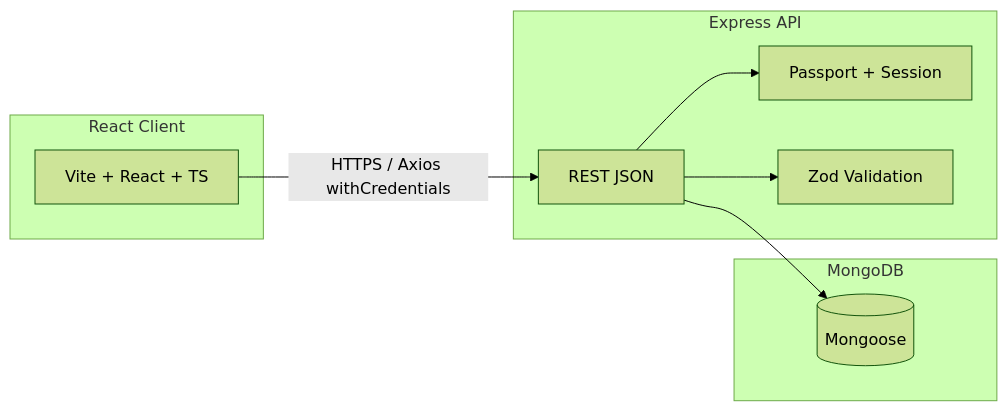
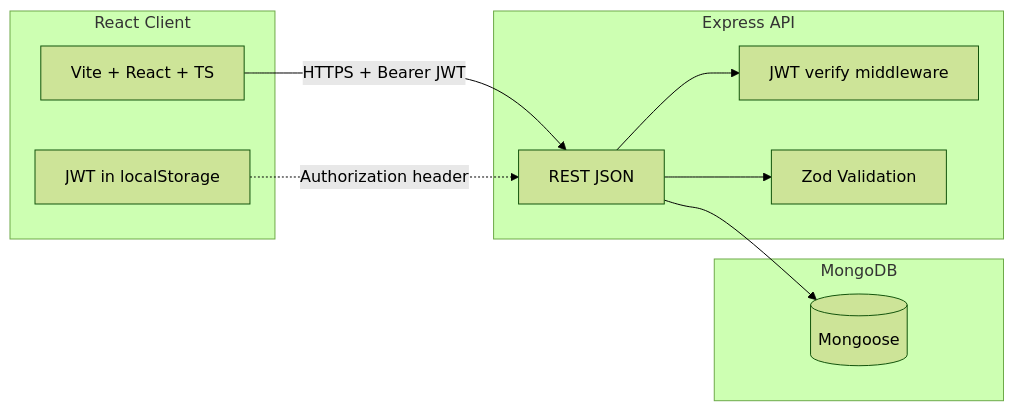
Before and after one commit to subhm2004/FlowPoint: the diagram in README.md, drawn with Mermaid (forest theme). The commit also changed other lines of this file, not shown here.

````diff
--- a/README.md
+++ b/README.md
@@ -55,18 +56,20 @@
 ```mermaid
 flowchart LR
   subgraph client [React Client]
     UI[Vite + React + TS]
+    Store[JWT in localStorage]
   end
   subgraph api [Express API]
     REST[REST JSON]
-    Auth[Passport + Session]
+    JWT[JWT verify middleware]
     Val[Zod Validation]
   end
   subgraph db [MongoDB]
     Mongo[(Mongoose)]
   end
-  UI -->|HTTPS / Axios withCredentials| REST
-  REST --> Auth
+  UI -->|HTTPS + Bearer JWT| REST
+  Store -.->|Authorization header| REST
+  REST --> JWT
   REST --> Val
   REST --> Mongo
 ```
````
